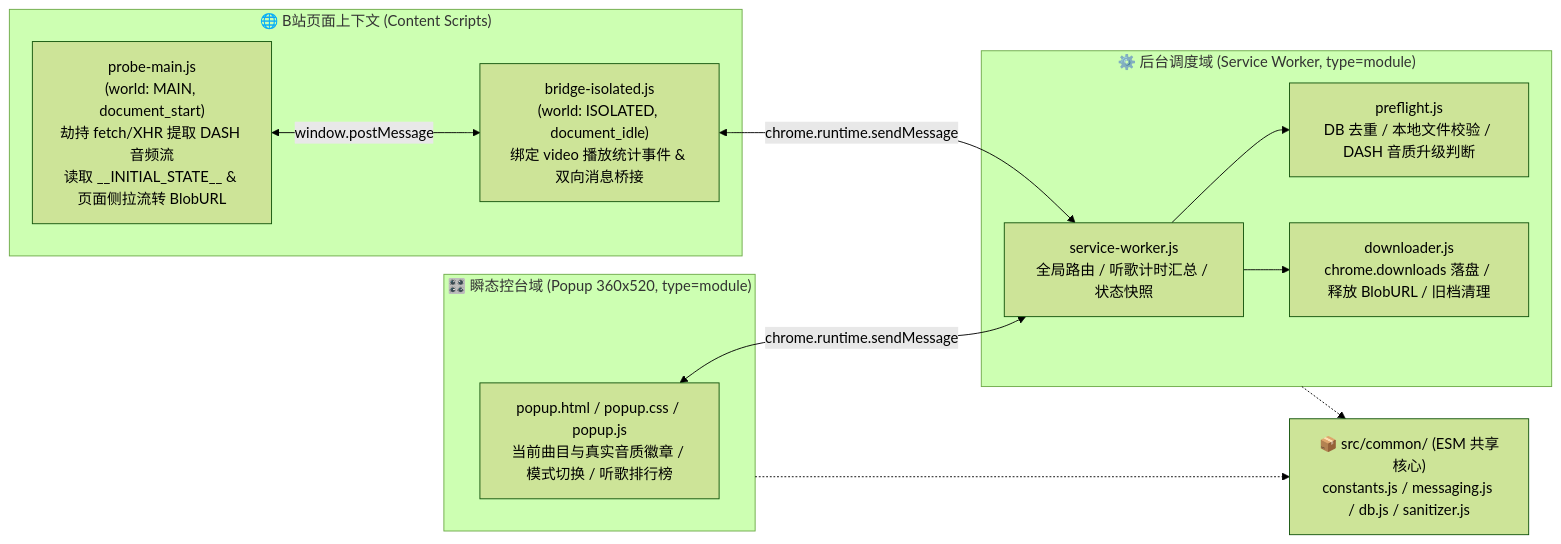
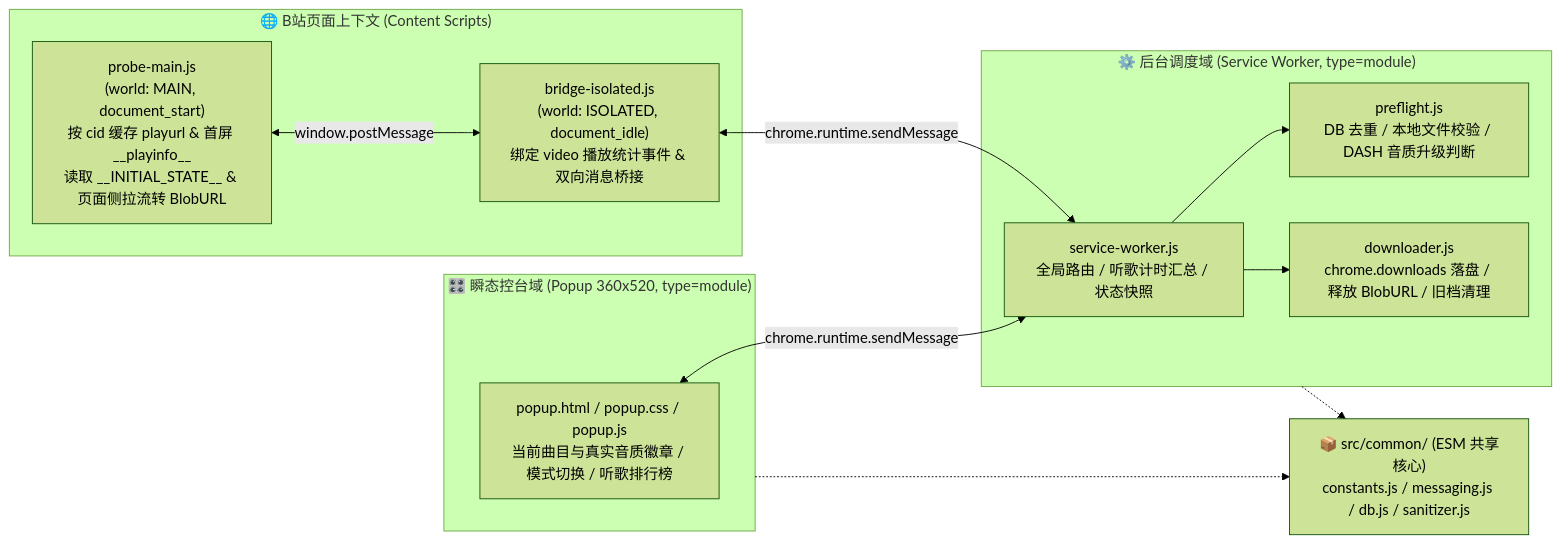
Before and after one commit to GGWD06/Bilibili_music_addon: the diagram in memory/01_architecture.md, drawn with Mermaid (forest theme). The commit also changed other lines of this file and 8 other files, not shown here.

Commit message:
docs: lock in verified T2 DASH blob download, cacheByCid isolation, and .m4a MIME spec

````diff
--- a/memory/01_architecture.md
+++ b/memory/01_architecture.md
@@ -17,27 +18,27 @@
 ```mermaid
 flowchart LR
     subgraph Page ["🌐 B站页面上下文 (Content Scripts)"]
-        ProbeMain["probe-main.js<br/>(world: MAIN, document_start)<br/>劫持 fetch/XHR 提取 DASH 音频流<br/>读取 __INITIAL_STATE__ & 页面侧拉流转 BlobURL"]
+        ProbeMain["probe-main.js<br/>(world: MAIN, document_start)<br/>按 cid 缓存 playurl & 首屏 __playinfo__<br/>读取 __INITIAL_STATE__ & 页面侧拉流转 BlobURL"]
         BridgeIso["bridge-isolated.js<br/>(world: ISOLATED, document_idle)<br/>绑定 video 播放统计事件 & 双向消息桥接"]
         ProbeMain <-->|"window.postMessage"| BridgeIso
     end
 
     subgraph SW ["⚙️ 后台调度域 (Service Worker, type=module)"]
         ServiceWorker["service-worker.js<br/>全局路由 / 听歌计时汇总 / 状态快照"]
         Preflight["preflight.js<br/>DB 去重 / 本地文件校验 / DASH 音质升级判断"]
         Downloader["downloader.js<br/>chrome.downloads 落盘 / 释放 BlobURL / 旧档清理"]
         ServiceWorker --> Preflight
         ServiceWorker --> Downloader
     end
 
     subgraph Popup ["🎛️ 瞬态控台域 (Popup 360x520, type=module)"]
         PopupUI["popup.html / popup.css / popup.js<br/>当前曲目与真实音质徽章 / 模式切换 / 听歌排行榜"]
     end
 
     Common["📦 src/common/ (ESM 共享核心)<br/>constants.js / messaging.js / db.js / sanitizer.js"]
 
     BridgeIso <-->|"chrome.runtime.sendMessage"| ServiceWorker
     PopupUI <-->|"chrome.runtime.sendMessage"| ServiceWorker
     SW -.-> Common
     Popup -.-> Common
 ```
````
